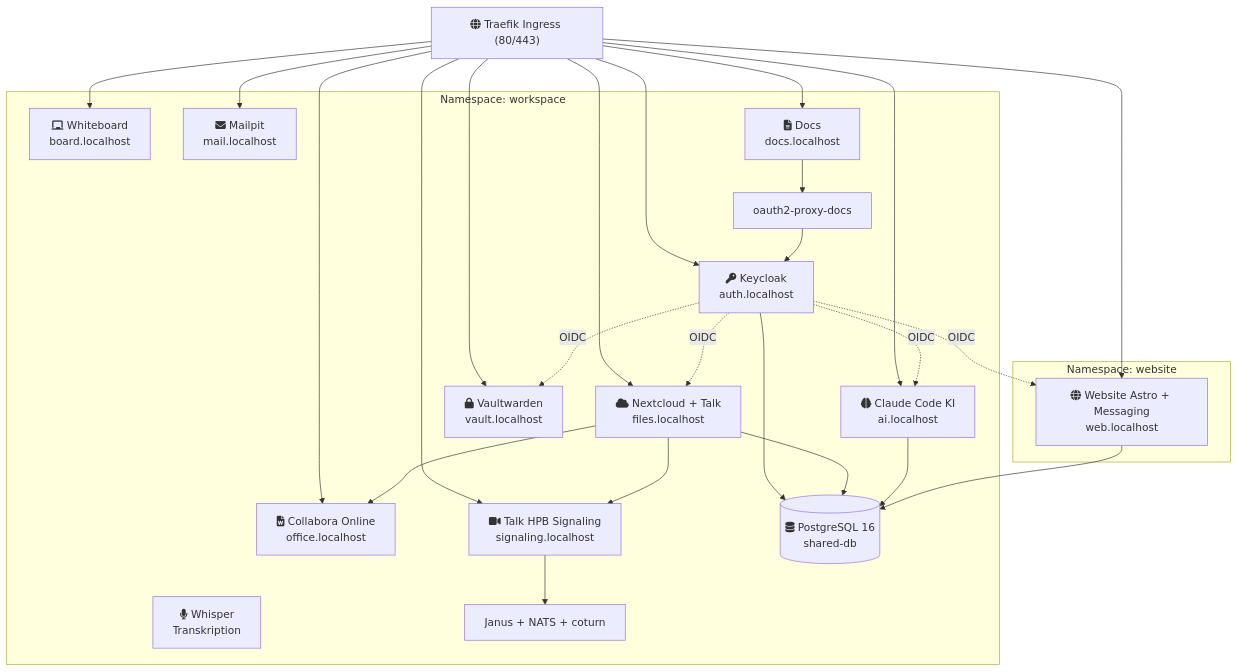
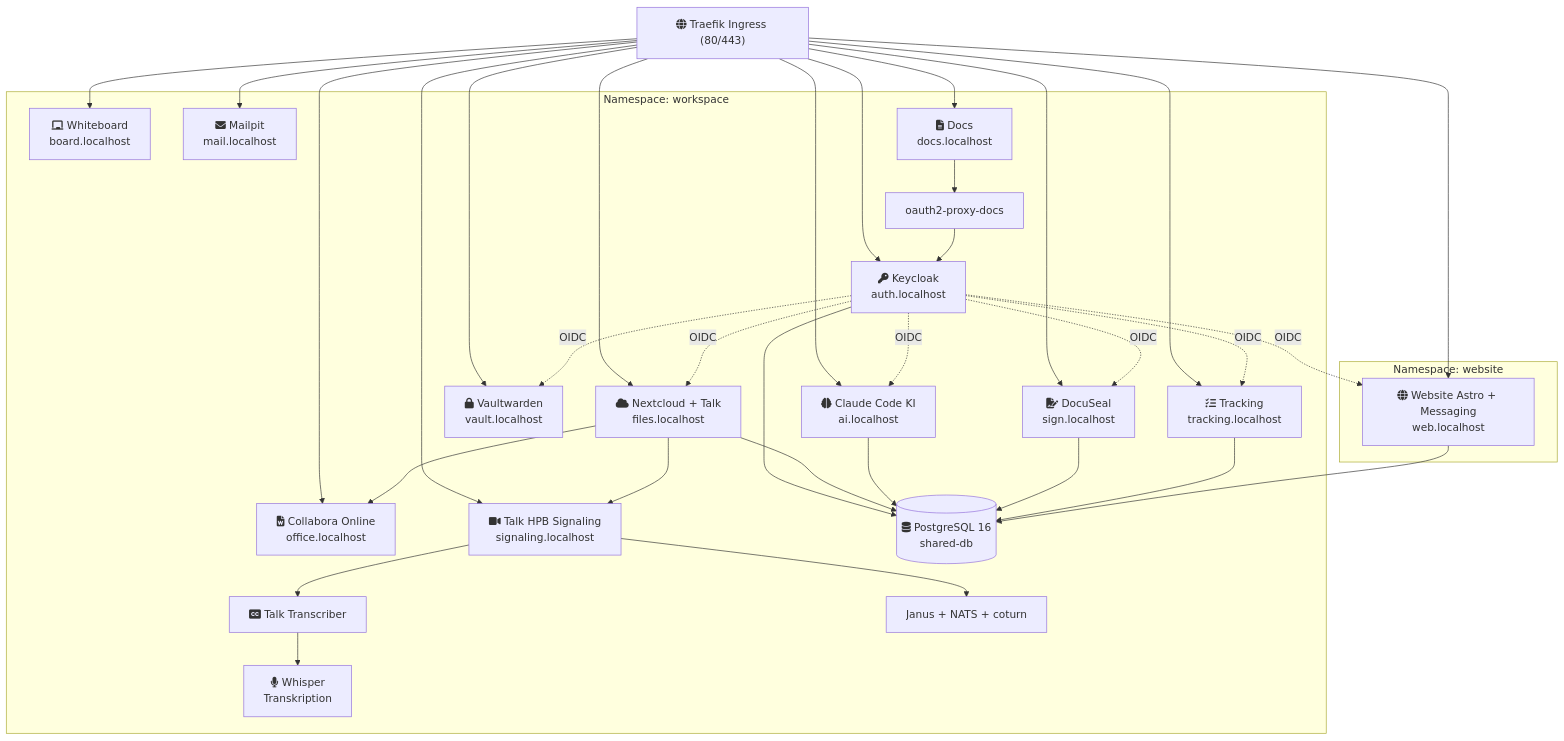
One commit to Paddione/Bachelorprojekt changed the diagram in CLAUDE.md. Above: the diagram before and after it, drawn with Mermaid. The commit also changed other lines of this file, not shown here.

````diff
--- a/CLAUDE.md
+++ b/CLAUDE.md
@@ -111,34 +122,38 @@
 ```mermaid
 graph TB
     Traefik["fa:fa-globe Traefik Ingress (80/443)"]
 
     subgraph workspace ["Namespace: workspace"]
         KC["fa:fa-key Keycloak<br/>auth.localhost"]
         NC["fa:fa-cloud Nextcloud + Talk<br/>files.localhost"]
         CO["fa:fa-file-word Collabora Online<br/>office.localhost"]
         HPB["fa:fa-video Talk HPB Signaling<br/>signaling.localhost"]
         OC["fa:fa-brain Claude Code KI<br/>ai.localhost"]
         VW["fa:fa-lock Vaultwarden<br/>vault.localhost"]
         WB["fa:fa-chalkboard Whiteboard<br/>board.localhost"]
         MP["fa:fa-envelope Mailpit<br/>mail.localhost"]
         DOCS["fa:fa-file-lines Docs<br/>docs.localhost"]
+        DS["fa:fa-file-signature DocuSeal<br/>sign.localhost"]
+        TR["fa:fa-list-check Tracking<br/>tracking.localhost"]
         OAUTH2[oauth2-proxy-docs]
         WHISPER["fa:fa-microphone Whisper<br/>Transkription"]
+        TRBOT["fa:fa-closed-captioning Talk Transcriber"]
         JANUS[Janus + NATS + coturn]
         DB[("fa:fa-database PostgreSQL 16<br/>shared-db")]
     end
 
     subgraph website-ns ["Namespace: website"]
         WEB["fa:fa-globe Website Astro + Messaging<br/>web.localhost"]
     end
 
-    Traefik --> KC & NC & CO & HPB & OC & VW & WB & MP & DOCS & WEB
+    Traefik --> KC & NC & CO & HPB & OC & VW & WB & MP & DOCS & DS & TR & WEB
 
-    KC -. OIDC .-> NC & OC & VW & WEB
+    KC -. OIDC .-> NC & OC & VW & WEB & DS & TR
     OAUTH2 --> KC
     DOCS --> OAUTH2
     NC --> CO
     NC --> HPB --> JANUS
-    KC & NC & OC --> DB
+    HPB --> TRBOT --> WHISPER
+    KC & NC & OC & DS & TR --> DB
     WEB --> DB
 ```
````
